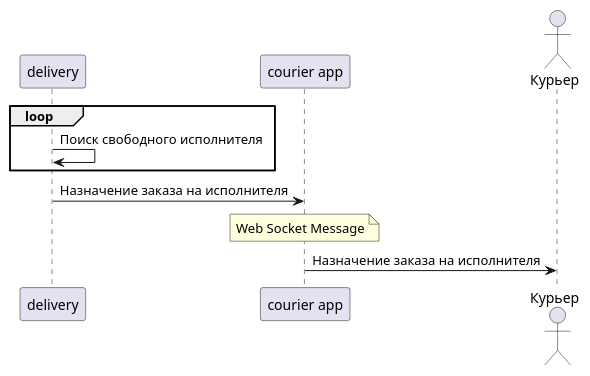
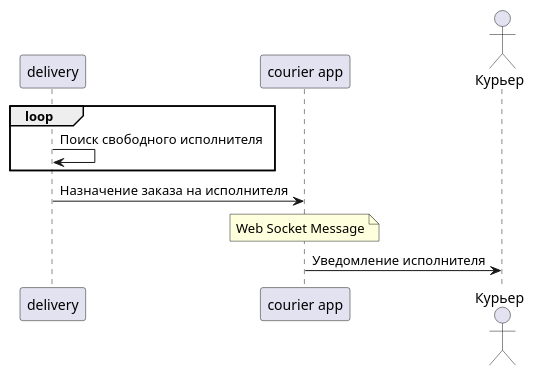
One commit to gerzhan/knigaexpert-system-design changed the diagram in services/delivery/use-cases/uc-4.md. Above: the diagram before and after it, drawn with PlantUML.

````diff
--- a/services/delivery/use-cases/uc-4.md
+++ b/services/delivery/use-cases/uc-4.md
@@ -3,12 +3,12 @@
 ```plantuml
 participant "delivery" as delivery
 participant "courier app" as courier_app
 actor Курьер as courier
 
 loop
 delivery -> delivery: Поиск свободного исполнителя
 end
 delivery -> courier_app: Назначение заказа на исполнителя
 note over courier_app: Web Socket Message
-courier_app -> courier: Назначение заказа на исполнителя
+courier_app -> courier: Уведомление исполнителя
 ```
````
